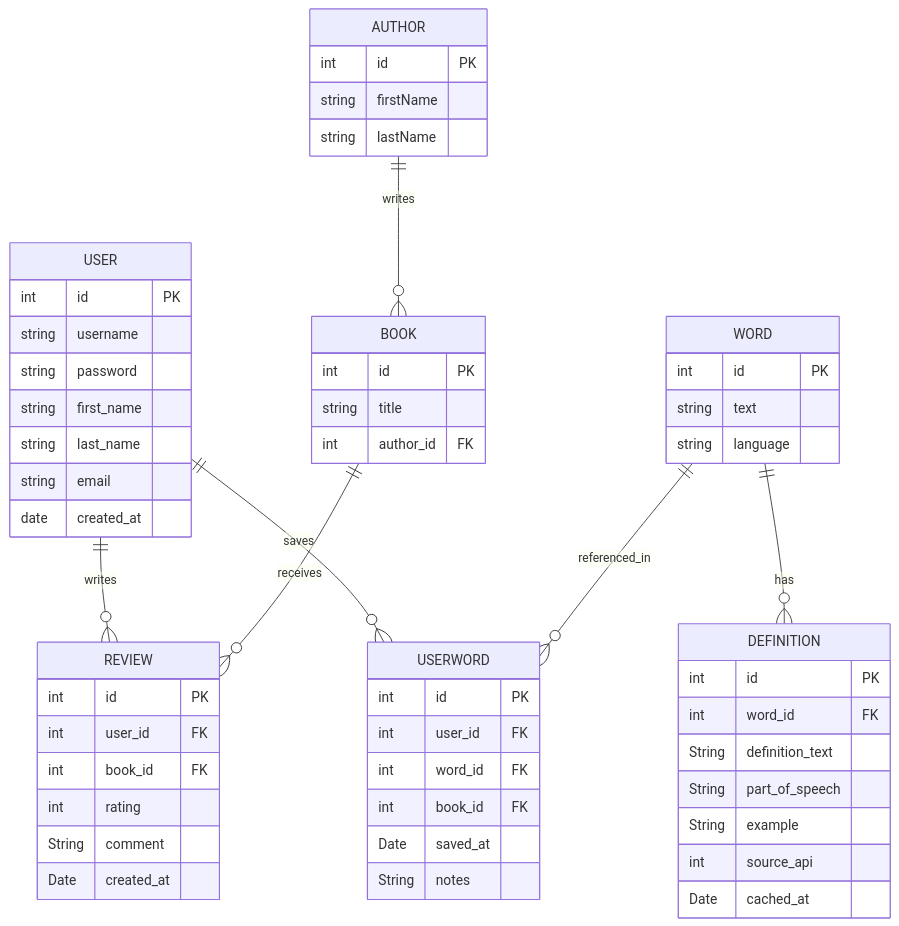
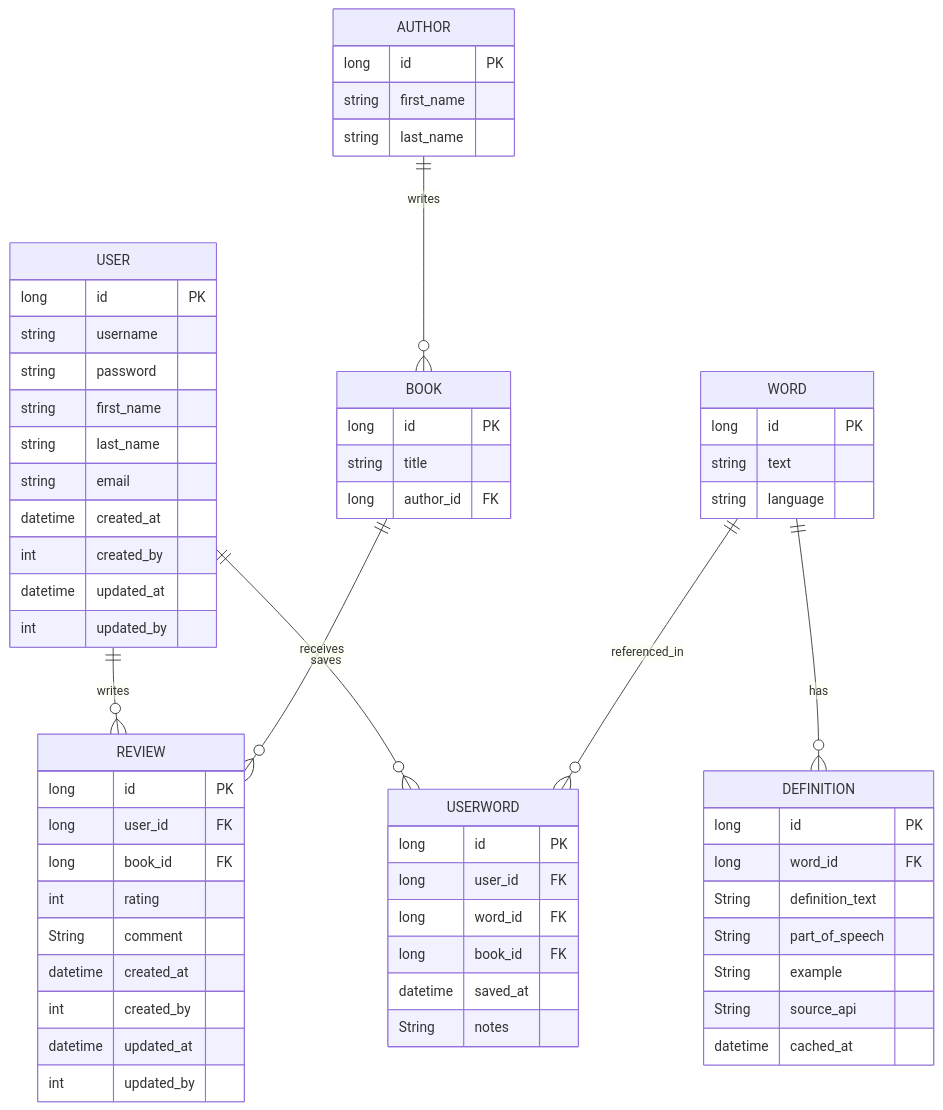
Before and after one commit to ronanos1979/SpringBootApps: the first of 3 diagrams in LexiconLair/DESIGN.md, drawn with Mermaid. The commit also changed 33 other files, not shown here.

````diff
--- a/LexiconLair/DESIGN.md
+++ b/LexiconLair/DESIGN.md
@@ -9,67 +9,73 @@
 ```mermaid
 erDiagram
     USER {
-        int id PK
+        long id PK
         string username
         string password
         string first_name
         string last_name
         string email
-        date created_at
+        datetime created_at
+        int created_by
+        datetime updated_at
+        int updated_by
     }
 
     WORD {
-        int id PK
+        long id PK
         string text
         string language
     }
 
     USERWORD {
-        int id PK
-        int user_id FK
-        int word_id FK
-        int book_id FK
-        Date saved_at
+        long id PK
+        long user_id FK
+        long word_id FK
+        long book_id FK
+        datetime saved_at
         String notes
     }
     
     DEFINITION {
-        int id PK
-        int word_id FK
+        long id PK
+        long word_id FK
         String definition_text
         String part_of_speech
         String example
-        int source_api
-        Date cached_at
+        String source_api
+        datetime cached_at
     }
 
     BOOK {
-        int id PK
+        long id PK
         string title
-        int author_id FK
+        long author_id FK
     }
 
     AUTHOR {
-        int id PK
-        string firstName
-        string lastName
+        long id PK
+        string first_name
+        string last_name
     }
 
     REVIEW {
-        int id PK
-        int user_id FK
-        int book_id FK
+        long id PK
+        long user_id FK
+        long book_id FK
         int rating
         String comment
-        Date created_at
+        datetime created_at
+        int created_by
+        datetime updated_at
+        int updated_by
     }
 
 
 
     USER ||--o{ USERWORD : "saves"
     WORD ||--o{ USERWORD : "referenced_in"
     WORD ||--o{ DEFINITION : "has"
     AUTHOR ||--o{ BOOK : "writes"
     USER ||--o{ REVIEW : "writes"
     BOOK ||--o{ REVIEW : "receives"
 ```
````
